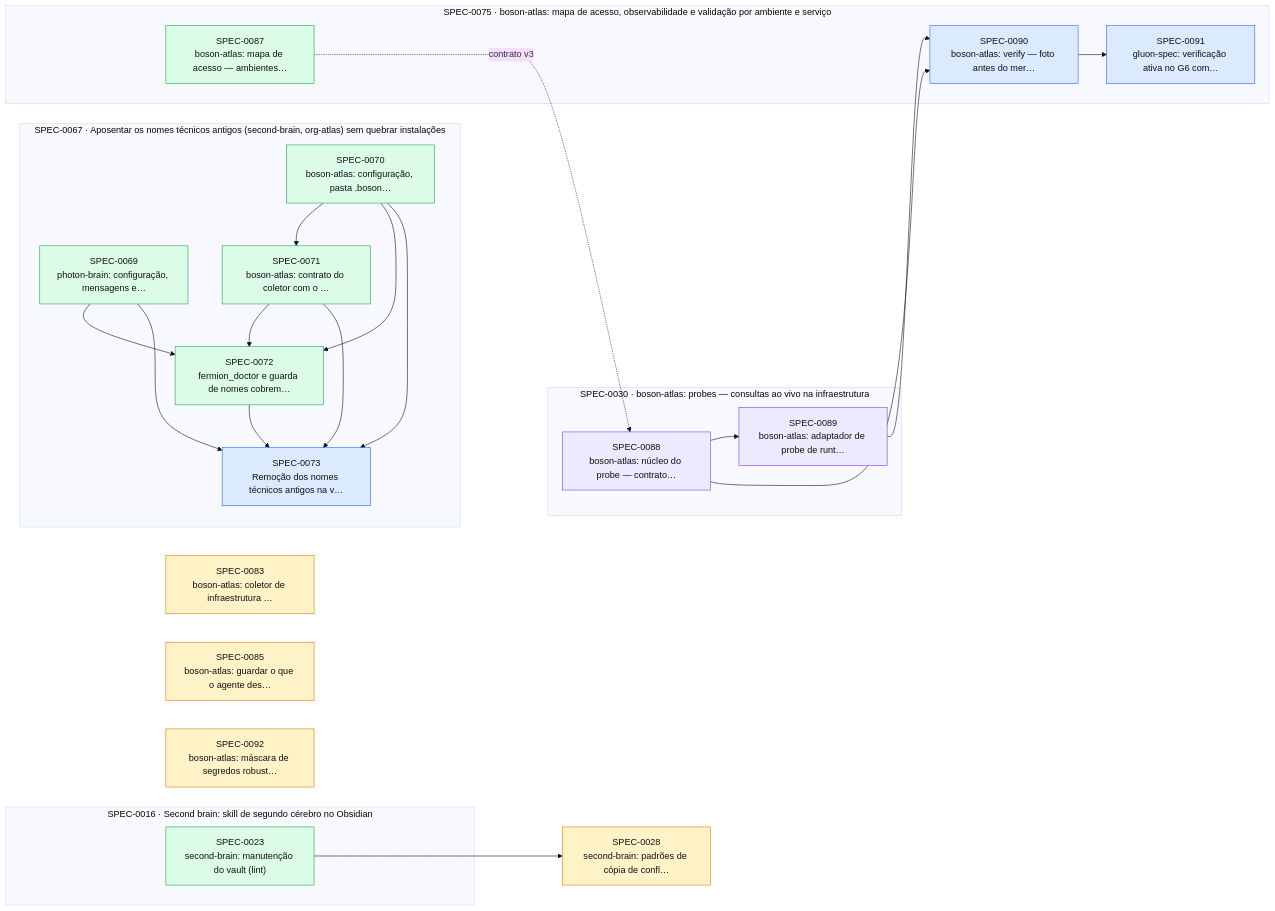
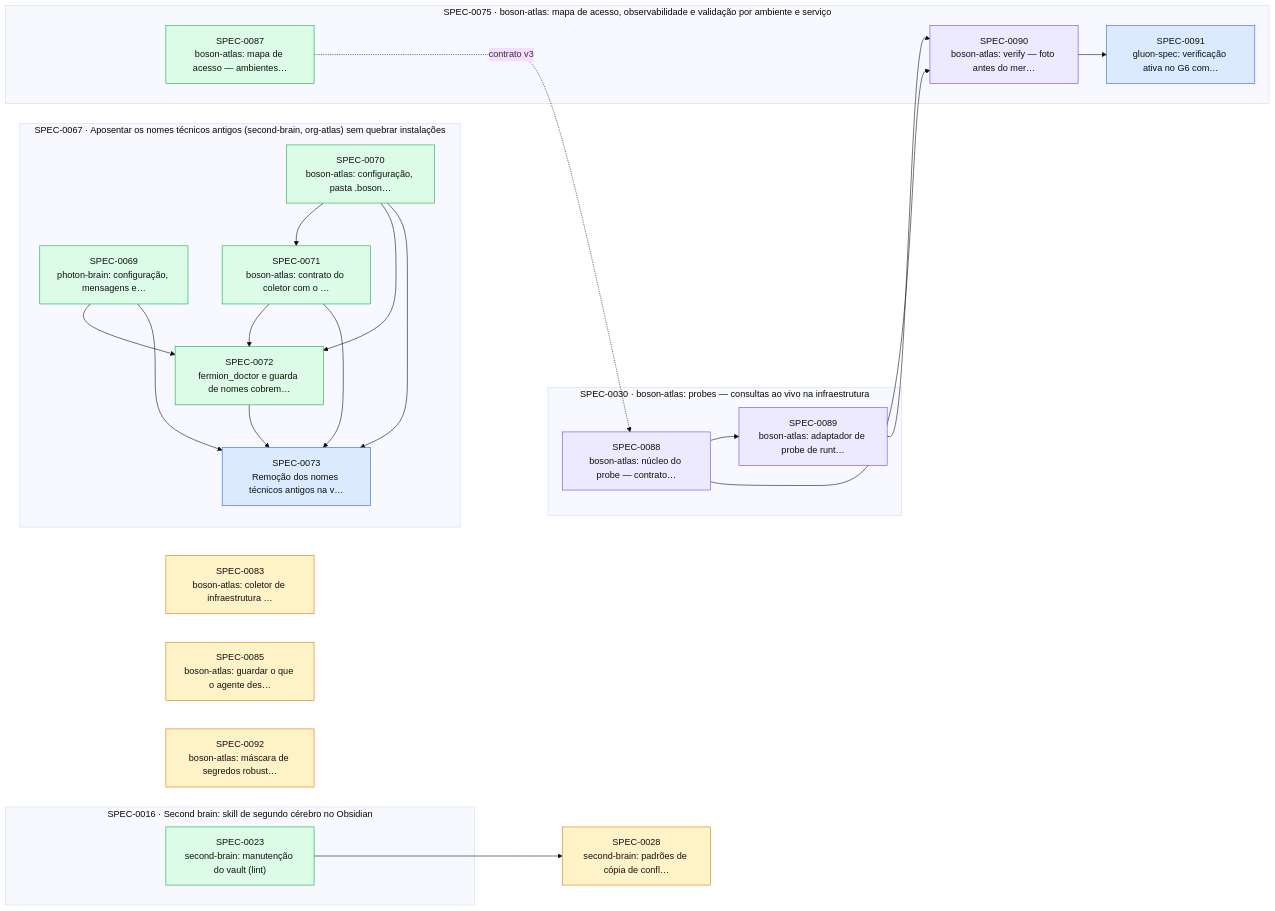
The diagram in docs/specs/INDEX.md (thomasravache/ai-dev-brain), drawn with Mermaid (base theme) before and after one commit. The commit also changed other lines of this file and 1 other file, not shown here.

First line of the commit message:
docs(specs): planeja a SPEC-0090 e Emenda v2 (probes cortadas e workload ausente)

````diff
--- a/docs/specs/INDEX.md
+++ b/docs/specs/INDEX.md
@@ -68,45 +68,45 @@
 ```mermaid
 flowchart LR
   S0028["SPEC-0028<br/>second-brain: padrões de cópia de confl…"]:::proposed
   S0083["SPEC-0083<br/>boson-atlas: coletor de infraestrutura …"]:::proposed
   S0085["SPEC-0085<br/>boson-atlas: guardar o que o agente des…"]:::proposed
   S0092["SPEC-0092<br/>boson-atlas: máscara de segredos robust…"]:::proposed
   subgraph E0016["SPEC-0016 · Second brain: skill de segundo cérebro no Obsidian"]
     S0023["SPEC-0023<br/>second-brain: manutenção do vault (lint)"]:::implemented
   end
   subgraph E0030["SPEC-0030 · boson-atlas: probes — consultas ao vivo na infraestrutura"]
     S0088["SPEC-0088<br/>boson-atlas: núcleo do probe — contrato…"]:::inprogress
     S0089["SPEC-0089<br/>boson-atlas: adaptador de probe de runt…"]:::inprogress
   end
   subgraph E0067["SPEC-0067 · Aposentar os nomes técnicos antigos (second-brain, org-atlas) sem quebrar instalações"]
     S0069["SPEC-0069<br/>photon-brain: configuração, mensagens e…"]:::implemented
     S0070["SPEC-0070<br/>boson-atlas: configuração, pasta .boson…"]:::implemented
     S0071["SPEC-0071<br/>boson-atlas: contrato do coletor com o …"]:::implemented
     S0072["SPEC-0072<br/>fermion_doctor e guarda de nomes cobrem…"]:::implemented
     S0073["SPEC-0073<br/>Remoção dos nomes técnicos antigos na v…"]:::approved
   end
   subgraph E0075["SPEC-0075 · boson-atlas: mapa de acesso, observabilidade e validação por ambiente e serviço"]
     S0087["SPEC-0087<br/>boson-atlas: mapa de acesso — ambientes…"]:::implemented
-    S0090["SPEC-0090<br/>boson-atlas: verify — foto antes do mer…"]:::approved
+    S0090["SPEC-0090<br/>boson-atlas: verify — foto antes do mer…"]:::inprogress
     S0091["SPEC-0091<br/>gluon-spec: verificação ativa no G6 com…"]:::approved
   end
   S0023 --> S0028
   S0070 --> S0071
   S0069 --> S0072
   S0070 --> S0072
   S0071 --> S0072
   S0069 --> S0073
   S0070 --> S0073
   S0071 --> S0073
   S0072 --> S0073
   S0087 -. contrato v3 .-> S0088
   S0088 --> S0089
   S0088 --> S0090
   S0089 --> S0090
   S0090 --> S0091
   classDef proposed fill:#fef3c7,stroke:#d97706,color:#111
   classDef approved fill:#dbeafe,stroke:#2563eb,color:#111
   classDef inprogress fill:#ede9fe,stroke:#7c3aed,color:#111
   classDef implemented fill:#dcfce7,stroke:#16a34a,color:#111
   classDef deprecated fill:#f3f4f6,stroke:#9ca3af,color:#6b7280
 ```
````
